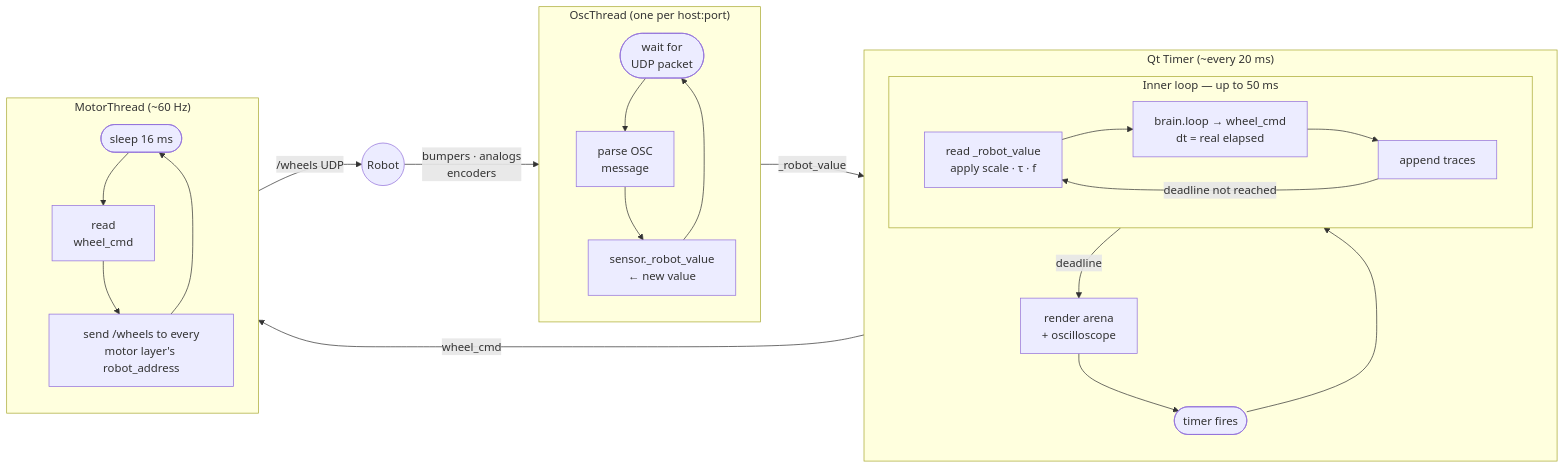
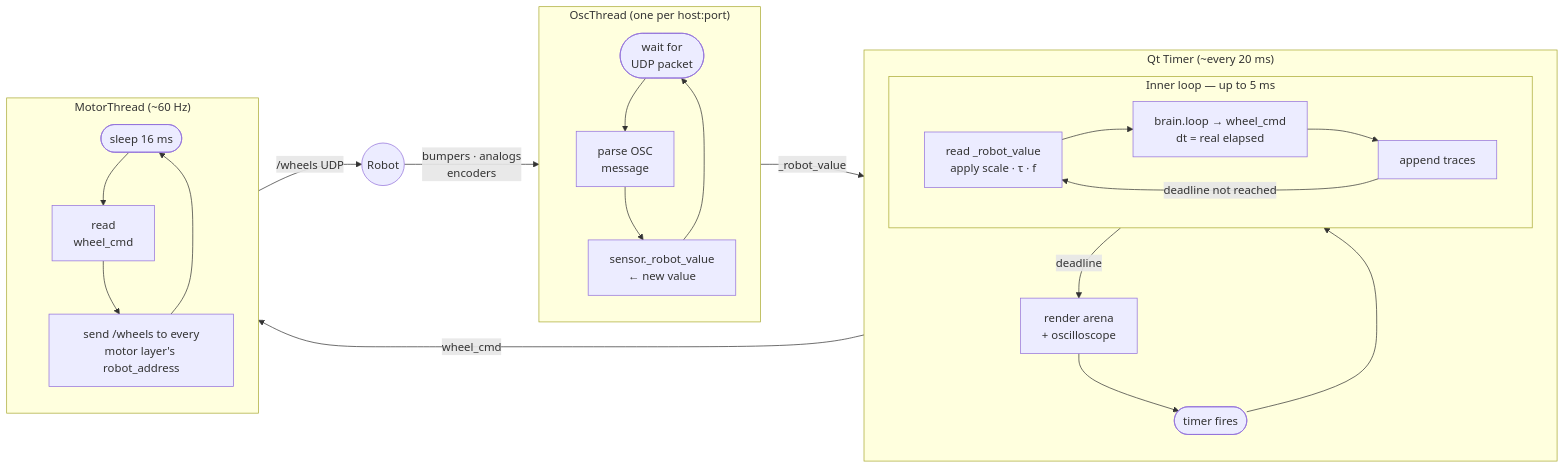
One commit to fchampalimaud/cf.lbp changed the second of 4 diagrams in simulation/docs/simulator/reference.md. Above: the diagram before and after it, drawn with Mermaid. The commit also changed other lines of this file and 10 other files, not shown here.

````diff
--- a/simulation/docs/simulator/reference.md
+++ b/simulation/docs/simulator/reference.md
@@ -41,33 +41,33 @@
 ```mermaid
 flowchart LR
     subgraph OSC ["OscThread (one per host:port)"]
         direction TB
         O1(["wait for\nUDP packet"]) --> O2[parse OSC\nmessage]
         O2 --> O3["sensor._robot_value\n← new value"]
         O3 --> O1
     end
 
     subgraph QT ["Qt Timer (~every 20 ms)"]
         direction TB
         Q1(["timer fires"]) --> QL
-        subgraph QL ["Inner loop — up to 50 ms"]
+        subgraph QL ["Inner loop — up to 5 ms"]
             QR["read _robot_value\napply scale · τ · f"] --> QN["brain.loop → wheel_cmd\ndt = real elapsed"]
             QN --> QA[append traces]
             QA -->|deadline not reached| QR
         end
         QL -->|deadline| QD["render arena\n+ oscilloscope"]
         QD --> Q1
     end
 
     subgraph MT ["MotorThread (~60 Hz)"]
         direction TB
         M1(["sleep 16 ms"]) --> M2["read\nwheel_cmd"]
         M2 --> M3["send /wheels to every\nmotor layer's robot_address"]
         M3 --> M1
     end
 
     Robot((Robot)) -- "bumpers · analogs\nencoders" --> OSC
     OSC -- _robot_value --> QT
     QT -- wheel_cmd --> MT
     MT -- "/wheels UDP" --> Robot
 ```
````
